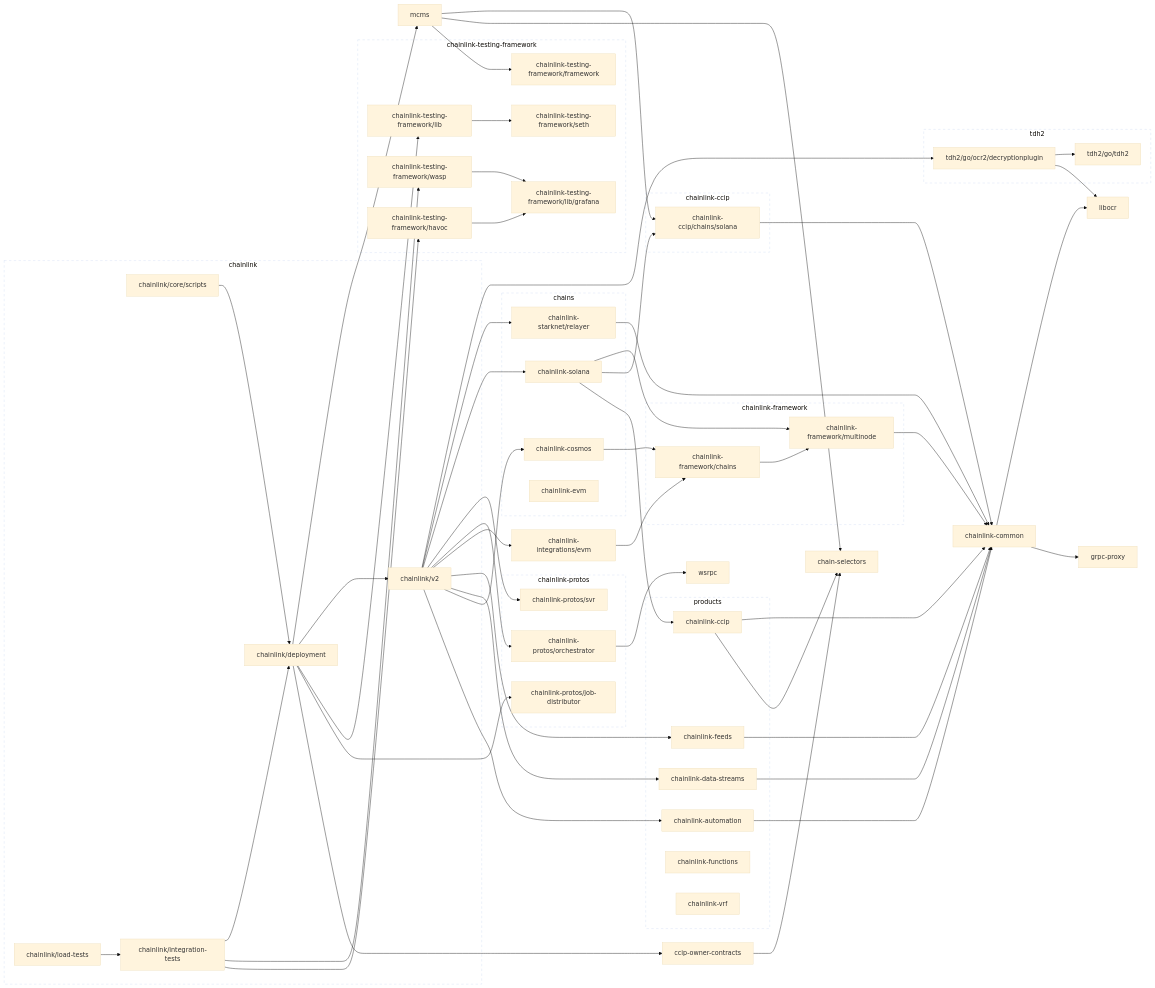
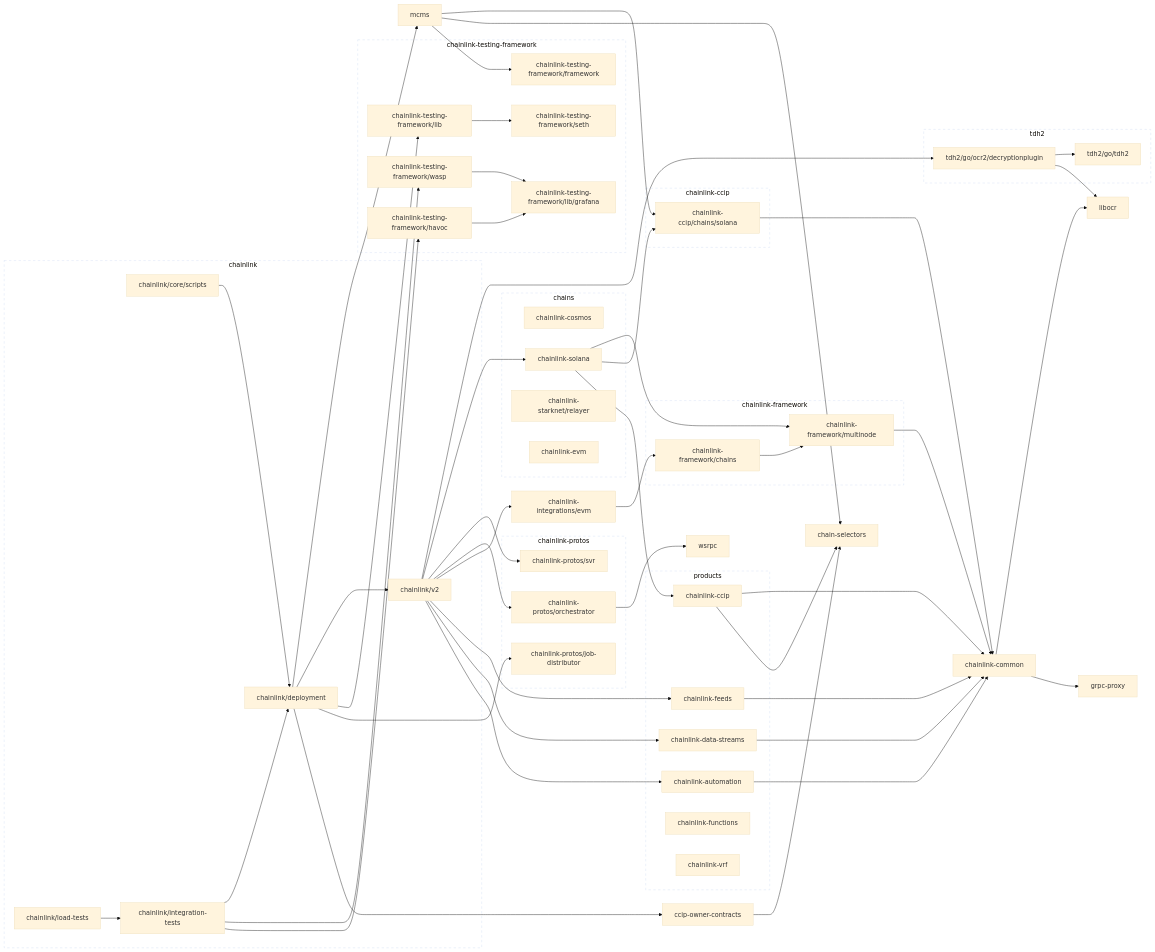
One commit to smartcontractkit/chainlink changed the second of 2 diagrams in go.md. Above: the diagram before and after it, drawn with Mermaid (base theme). The commit also changed other lines of this file and 54 other files, not shown here.

Commit message:
core: cosmos & starknet LOOPP mode only

```diff
--- a/go.md
+++ b/go.md
@@ -141,8 +135,6 @@
 	chainlink-common --> grpc-proxy
 	chainlink-common --> libocr
 	click chainlink-common href "https://github.com/smartcontractkit/chainlink-common"
-	chainlink-cosmos --> chainlink-framework/chains
-	click chainlink-cosmos href "https://github.com/smartcontractkit/chainlink-cosmos"
 	chainlink-data-streams --> chainlink-common
 	click chainlink-data-streams href "https://github.com/smartcontractkit/chainlink-data-streams"
 	chainlink-feeds --> chainlink-common
@@ -163,8 +155,6 @@
 	chainlink-solana --> chainlink-ccip/chains/solana
 	chainlink-solana --> chainlink-framework/multinode
 	click chainlink-solana href "https://github.com/smartcontractkit/chainlink-solana"
-	chainlink-starknet/relayer --> chainlink-common
-	click chainlink-starknet/relayer href "https://github.com/smartcontractkit/chainlink-starknet"
 	chainlink-testing-framework/framework
 	click chainlink-testing-framework/framework href "https://github.com/smartcontractkit/chainlink-testing-framework"
 	chainlink-testing-framework/havoc --> chainlink-testing-framework/lib/grafana
@@ -192,14 +182,12 @@
 	chainlink/load-tests --> chainlink/integration-tests
 	click chainlink/load-tests href "https://github.com/smartcontractkit/chainlink"
 	chainlink/v2 --> chainlink-automation
-	chainlink/v2 --> chainlink-cosmos
 	chainlink/v2 --> chainlink-data-streams
 	chainlink/v2 --> chainlink-feeds
 	chainlink/v2 --> chainlink-integrations/evm
 	chainlink/v2 --> chainlink-protos/orchestrator
 	chainlink/v2 --> chainlink-protos/svr
 	chainlink/v2 --> chainlink-solana
-	chainlink/v2 --> chainlink-starknet/relayer
 	chainlink/v2 --> tdh2/go/ocr2/decryptionplugin
 	click chainlink/v2 href "https://github.com/smartcontractkit/chainlink"
 	grpc-proxy
```
